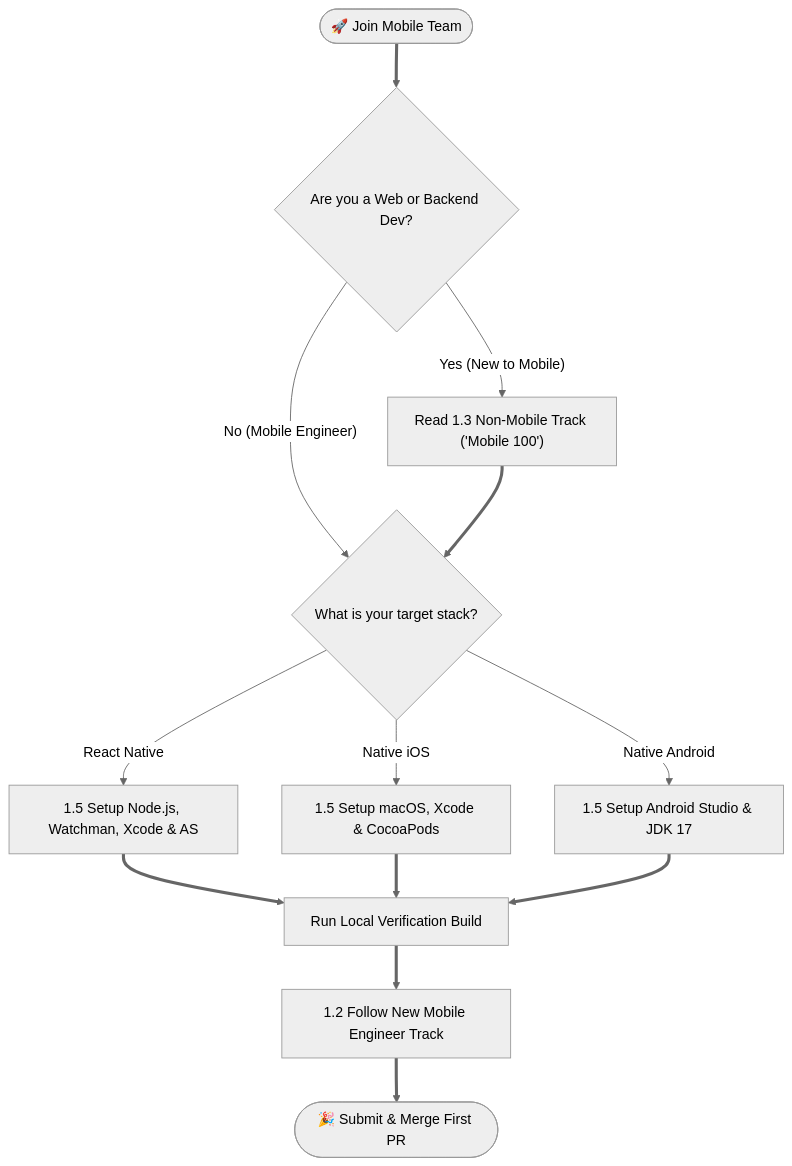
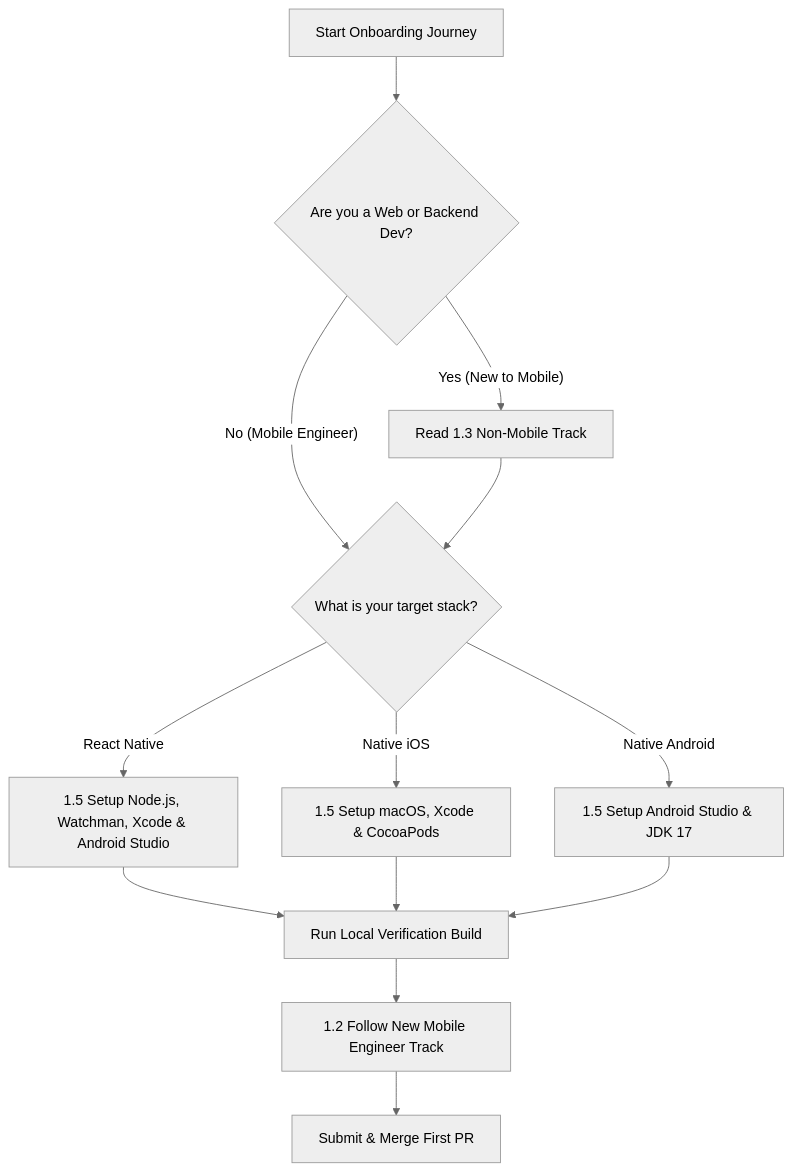
One commit to sejeeth11/bitirse-css-styles-guide changed the diagram in README.md. Above: the diagram before and after it, drawn with Mermaid (neutral theme).

Commit message:
Fix onboarding flowchart text and formatting

```diff
--- a/README.md
+++ b/README.md
@@ -18,20 +18,20 @@
 <pre class="mermaid">
 flowchart TD
-    Start(["🚀 Join Mobile Team"]) ==> Q1{"Are you a Web or Backend Dev?"}
+    Start["Start Onboarding Journey"] --> Q1{"Are you a Web or Backend Dev?"}
     
-    Q1 -- "Yes (New to Mobile)" --> TrackA["Read 1.3 Non-Mobile Track ('Mobile 100')"]
+    Q1 -- "Yes (New to Mobile)" --> TrackA["Read 1.3 Non-Mobile Track"]
     Q1 -- "No (Mobile Engineer)" --> Q2{"What is your target stack?"}
     
-    TrackA ==> Q2
+    TrackA --> Q2
     
-    Q2 -- "React Native" --> SetupRN["1.5 Setup Node.js, Watchman, Xcode & AS"]
+    Q2 -- "React Native" --> SetupRN["1.5 Setup Node.js, Watchman, Xcode & Android Studio"]
     Q2 -- "Native iOS" --> SetupIOS["1.5 Setup macOS, Xcode & CocoaPods"]
     Q2 -- "Native Android" --> SetupAndroid["1.5 Setup Android Studio & JDK 17"]
     
-    SetupRN ==> Verification["Run Local Verification Build"]
-    SetupIOS ==> Verification
-    SetupAndroid ==> Verification
+    SetupRN --> Verification["Run Local Verification Build"]
+    SetupIOS --> Verification
+    SetupAndroid --> Verification
     
-    Verification ==> TrackB["1.2 Follow New Mobile Engineer Track"]
-    TrackB ==> Done(["🎉 Submit & Merge First PR"])
+    Verification --> TrackB["1.2 Follow New Mobile Engineer Track"]
+    TrackB --> Done["Submit & Merge First PR"]
 </pre>
```
